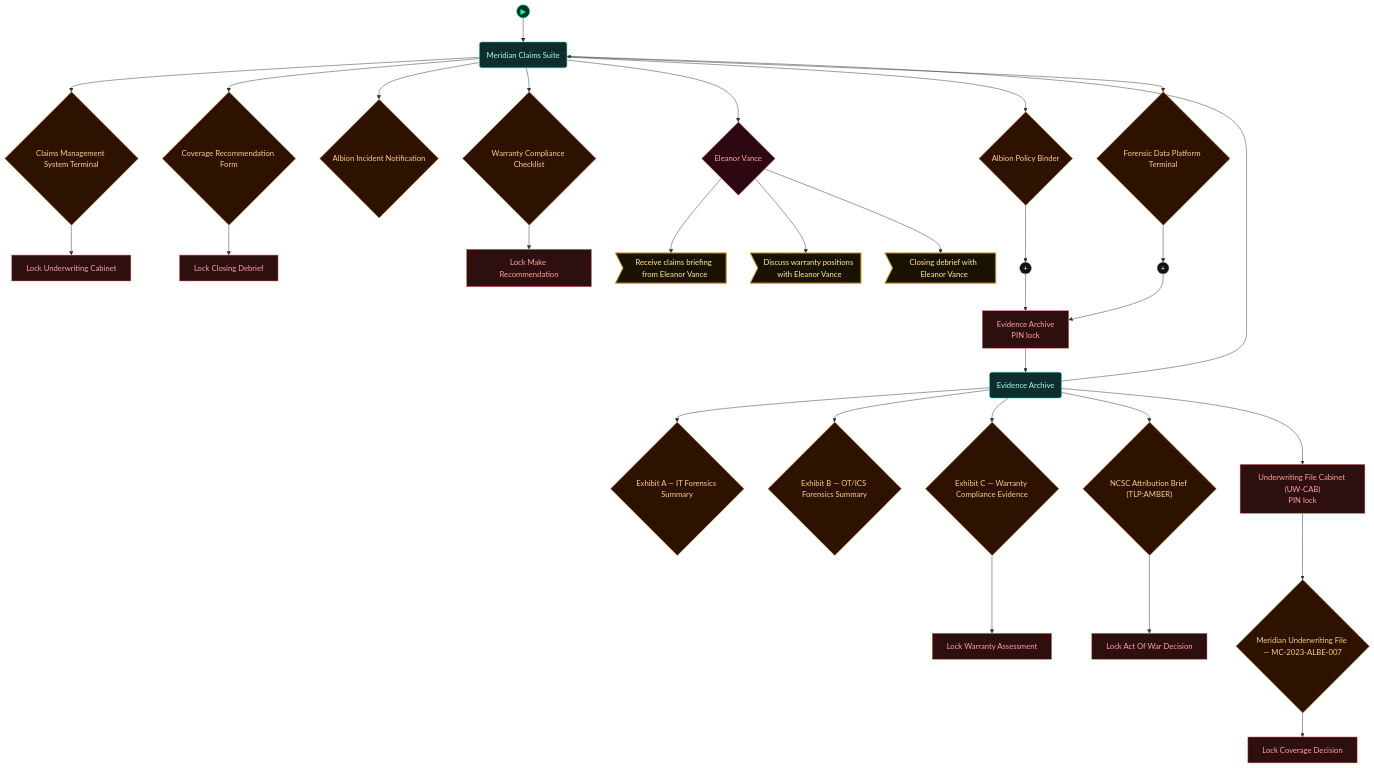
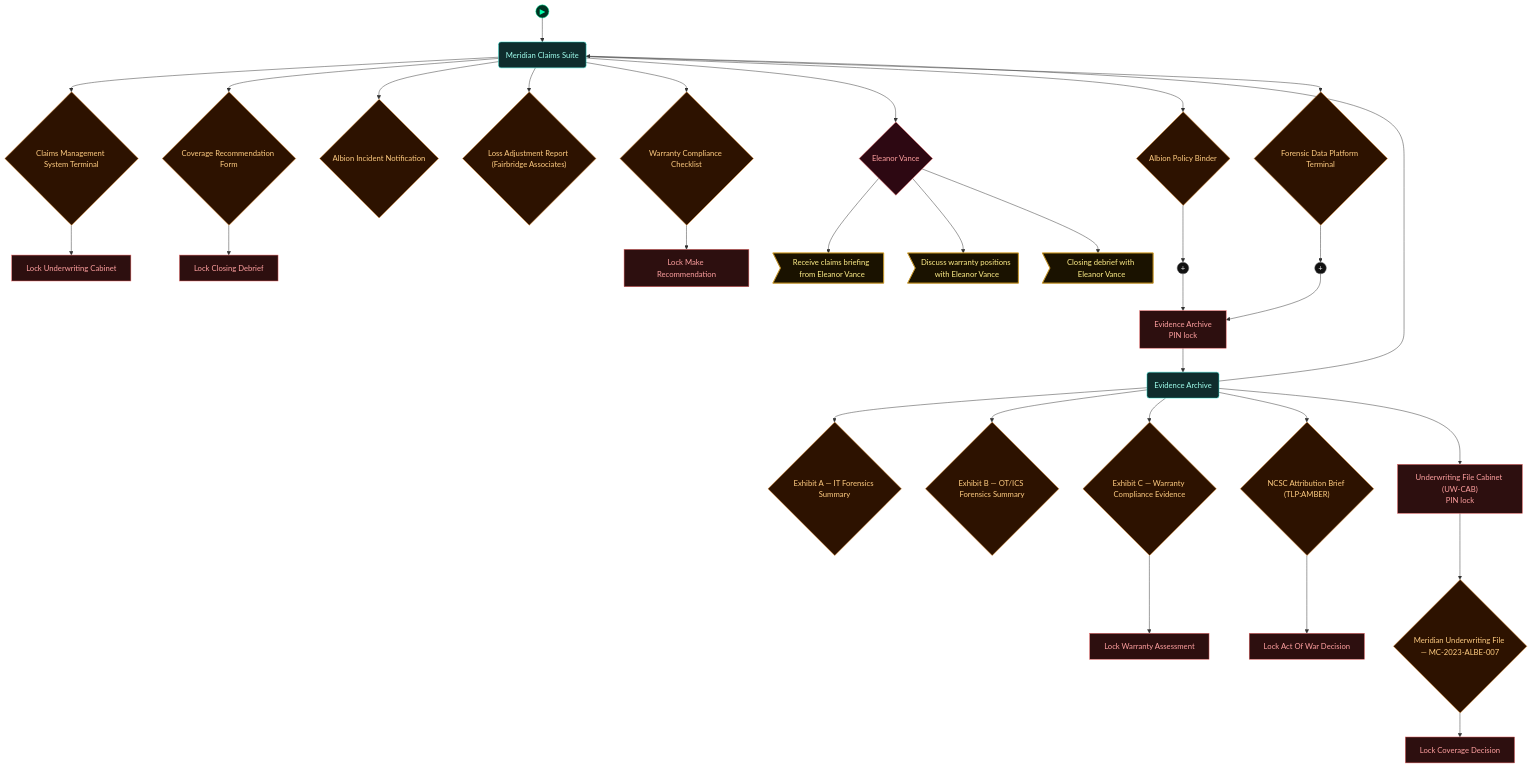
The first of 5 diagrams in scenarios/sis03_cyber_insurance/dungeon_graph.md (alixthegreat/BreakEscape), drawn with Mermaid before and after one commit. The commit also changed other lines of this file and 10 other files, not shown here.

```diff
--- a/scenarios/sis03_cyber_insurance/dungeon_graph.md
+++ b/scenarios/sis03_cyber_insurance/dungeon_graph.md
@@ -76,6 +76,7 @@
   lock_lock_underwriting_cabinet["Lock Underwriting Cabinet"]
   albion_policy_binder{"Albion Policy Binder"}
   albion_incident_notification{"Albion Incident Notification"}
+  loss_adjustment_report_fairbridge_associates{"Loss Adjustment Report (Fairbridge Associates)"}
   coverage_recommendation_form{"Coverage Recommendation Form"}
   lock_lock_closing_debrief["Lock Closing Debrief"]
   warranty_compliance_checklist{"Warranty Compliance Checklist"}
@@ -102,6 +103,7 @@
   claims_management_system_terminal --> lock_lock_underwriting_cabinet
   meridian_claims_suite --> albion_policy_binder
   meridian_claims_suite --> albion_incident_notification
+  meridian_claims_suite --> loss_adjustment_report_fairbridge_associates
   meridian_claims_suite --> coverage_recommendation_form
   coverage_recommendation_form --> lock_lock_closing_debrief
   meridian_claims_suite --> warranty_compliance_checklist
@@ -128,7 +130,7 @@
 
   class door_meridian_evidence_archive,lock_lock_underwriting_cabinet,lock_lock_closing_debrief,lock_lock_make_recommendation,lock_lock_warranty_assessment,lock_lock_act_of_war_decision,lock_underwriting_cabinet,lock_lock_coverage_decision lock
   class meridian_evidence_archive,meridian_claims_suite room
-  class claims_management_system_terminal,albion_policy_binder,albion_incident_notification,coverage_recommendation_form,warranty_compliance_checklist,forensic_data_platform_terminal,exhibit_a_it_forensics_summary,exhibit_b_ot_ics_forensics_summary,exhibit_c_warranty_compliance_evidence,ncsc_attribution_brief_tlp_amber,meridian_underwriting_file_mc_2023_albe_007 item
+  class claims_management_system_terminal,albion_policy_binder,albion_incident_notification,loss_adjustment_report_fairbridge_associates,coverage_recommendation_form,warranty_compliance_checklist,forensic_data_platform_terminal,exhibit_a_it_forensics_summary,exhibit_b_ot_ics_forensics_summary,exhibit_c_warranty_compliance_evidence,ncsc_attribution_brief_tlp_amber,meridian_underwriting_file_mc_2023_albe_007 item
   class npc_eleanor_vance key
   class action_receive_claim_briefing,action_discuss_warranty_positions,action_closing_debrief_with_eleanor action
   class andgate1,andgate2 gate
```
